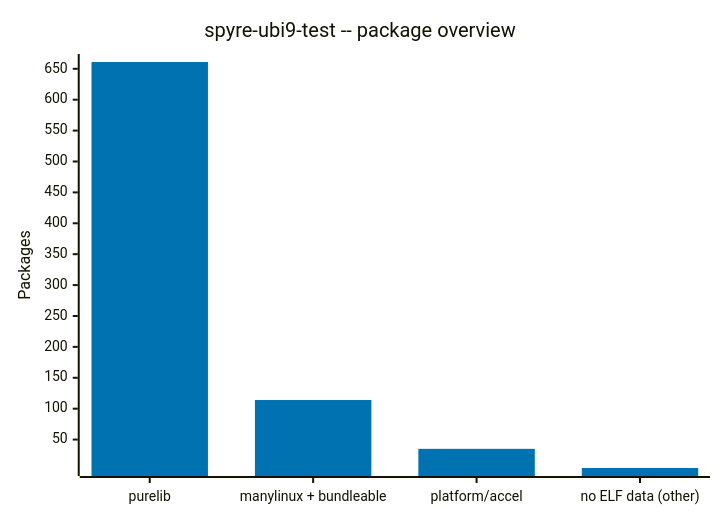
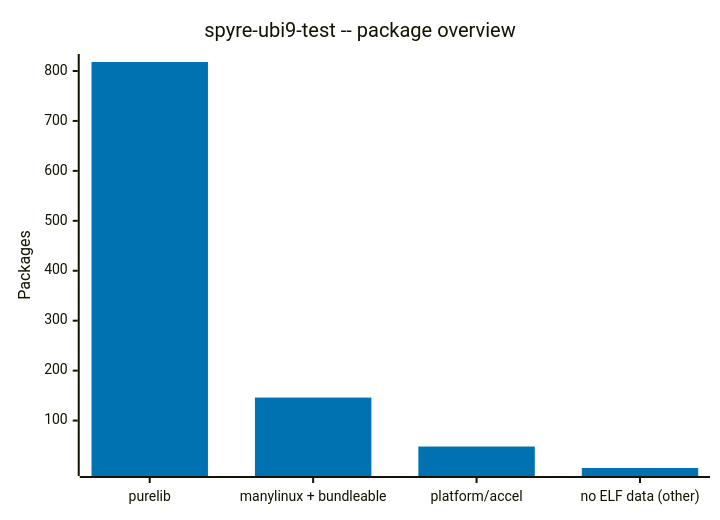
Before and after one commit to tiran/sdist-analyzer-results: the diagram in data/rhoai-3.6/spyre-ubi9-test/elf-analysis.md, drawn with Mermaid. The commit also changed other lines of this file and 27529 other files, not shown here.

````diff
--- a/data/rhoai-3.6/spyre-ubi9-test/elf-analysis.md
+++ b/data/rhoai-3.6/spyre-ubi9-test/elf-analysis.md
@@ -25,8 +25,8 @@
 ```mermaid
 %%{init: {"theme": "base", "themeVariables": {"xyChart": {"plotColorPalette": "#0072B2, #009E73, #D55E00, #999999"}}}}%%
 xychart-beta
     title "spyre-ubi9-test -- package overview"
     x-axis ["purelib", "manylinux + bundleable", "platform/accel", "no ELF data (other)"]
     y-axis "Packages"
-    bar [661, 114, 35, 4]
+    bar [818, 146, 48, 5]
 ```
````
